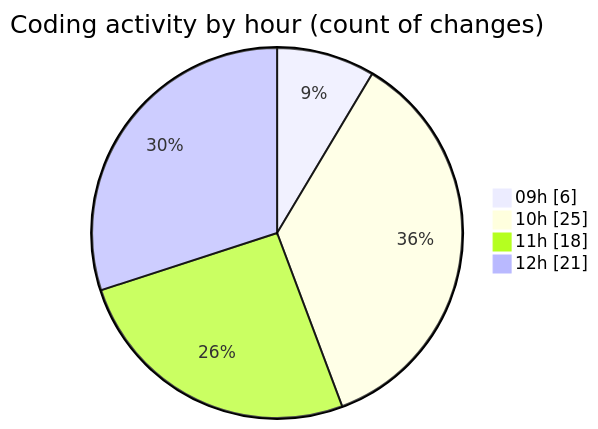
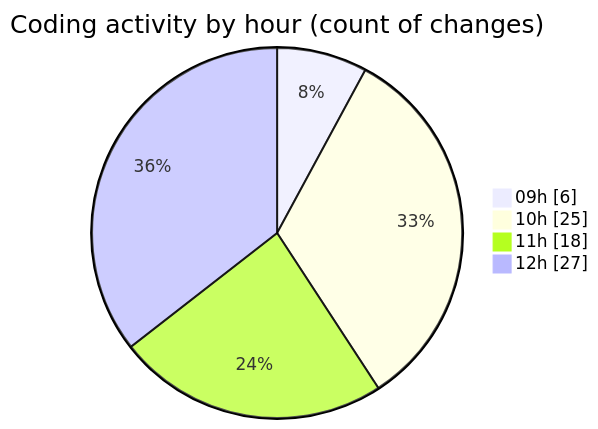
The second of 2 diagrams in 2026-10-30/cda/README.md (momahboobian/code-tracking), drawn with Mermaid before and after one commit. The commit also changed other lines of this file and 1 other file, not shown here.

````diff
--- a/2026-10-30/cda/README.md
+++ b/2026-10-30/cda/README.md
@@ -37,8 +38,8 @@
 ```mermaid
 pie showData
 title Coding activity by hour (count of changes)
 "09h" : 6
 "10h" : 25
 "11h" : 18
-"12h" : 21
+"12h" : 27
 ```
````
